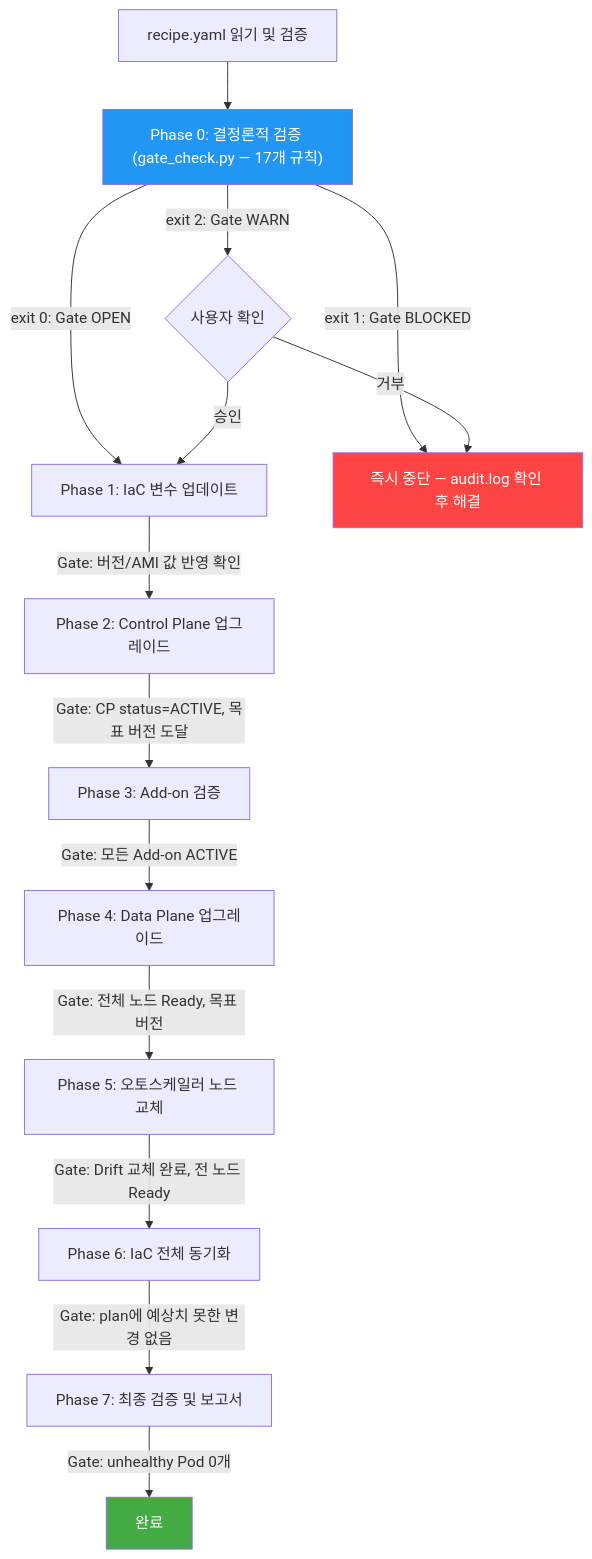
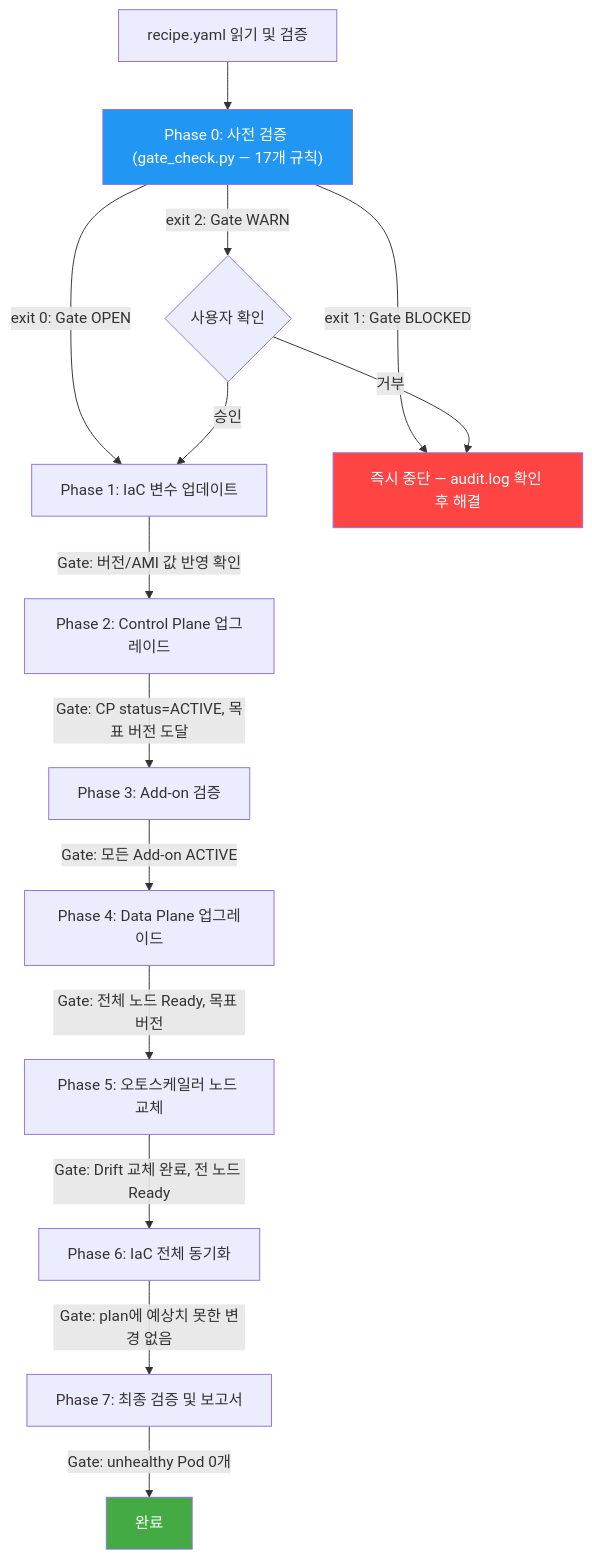
Before and after one commit to HaeDalWang/k8s-upgrade-skills: the diagram in README.md, drawn with Mermaid. The commit also changed other lines of this file and 41 other files, not shown here.

````diff
--- a/README.md
+++ b/README.md
@@ -131,20 +131,20 @@
 ```mermaid
 graph TD
-    A[recipe.yaml 읽기 및 검증] --> B0["Phase 0: 결정론적 검증 (gate_check.py — 17개 규칙)"]
+    A[recipe.yaml 읽기 및 검증] --> B0["Phase 0: 사전 검증 (gate_check.py — 17개 규칙)"]
     B0 -- "exit 0: Gate OPEN" --> C[Phase 1: IaC 변수 업데이트]
     B0 -- "exit 1: Gate BLOCKED" --> STOP[즉시 중단 — audit.log 확인 후 해결]
     B0 -- "exit 2: Gate WARN" --> USER_CONFIRM{사용자 확인}
     USER_CONFIRM -- "승인" --> C
     USER_CONFIRM -- "거부" --> STOP
     C -- "Gate: 버전/AMI 값 반영 확인" --> D[Phase 2: Control Plane 업그레이드]
     D -- "Gate: CP status=ACTIVE, 목표 버전 도달" --> E[Phase 3: Add-on 검증]
     E -- "Gate: 모든 Add-on ACTIVE" --> F[Phase 4: Data Plane 업그레이드]
     F -- "Gate: 전체 노드 Ready, 목표 버전" --> G[Phase 5: 오토스케일러 노드 교체]
     G -- "Gate: Drift 교체 완료, 전 노드 Ready" --> H[Phase 6: IaC 전체 동기화]
     H -- "Gate: plan에 예상치 못한 변경 없음" --> I[Phase 7: 최종 검증 및 보고서]
     I -- "Gate: unhealthy Pod 0개" --> J[완료]
 
     style STOP fill:#f44,color:#fff
     style J fill:#4a4,color:#fff
     style B0 fill:#2196F3,color:#fff
 ```
````
